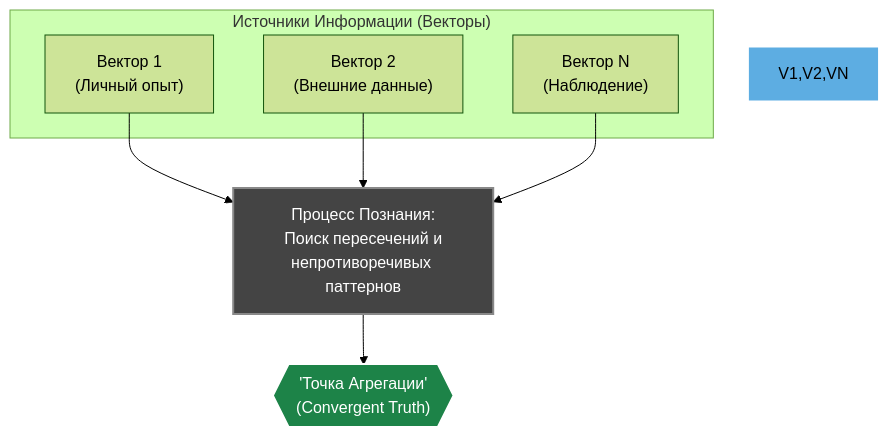
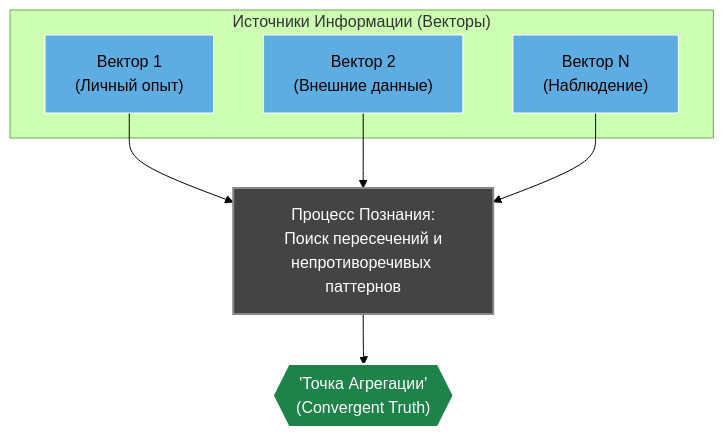
One commit to mcasdfgf/thea changed the second of 2 diagrams in THEORY.ru.md. Above: the diagram before and after it, drawn with Mermaid (forest theme).

````diff
--- a/THEORY.ru.md
+++ b/THEORY.ru.md
@@ -97,21 +97,27 @@
 ```mermaid
 graph TD
     subgraph "Источники Информации (Векторы)"
         V1["Вектор 1<br/>(Личный опыт)"]
         V2["Вектор 2<br/>(Внешние данные)"]
         VN["Вектор N<br/>(Наблюдение)"]
     end
     
     CognitionProcess["Процесс Познания:<br/>Поиск пересечений и<br/>непротиворечивых паттернов"]
     
     ConvergentTruth{{"'Точка Агрегации'<br/>(Convergent Truth)"}}
     
     V1 --> CognitionProcess
     V2 --> CognitionProcess
     VN --> CognitionProcess
     CognitionProcess --> ConvergentTruth
     
-    style V1,V2,VN fill:#5DADE2,stroke:#fff,stroke-width:1px,color:#000
-    style CognitionProcess fill:#444,stroke:#888,stroke-width:2px,color:#fff
-    style ConvergentTruth fill:#1D8348,stroke:#fff,stroke-width:2px,color:#fff
+    %% Определение стилей через классы - это самый надежный способ
+    classDef vectorStyle fill:#5DADE2,stroke:#fff,stroke-width:1px,color:#000
+    classDef processStyle fill:#444,stroke:#888,stroke-width:2px,color:#fff
+    classDef resultStyle fill:#1D8348,stroke:#fff,stroke-width:2px,color:#fff
+    
+    %% Применение классов к узлам
+    class V1,V2,VN vectorStyle
+    class CognitionProcess processStyle
+    class ConvergentTruth resultStyle
 ```
````
